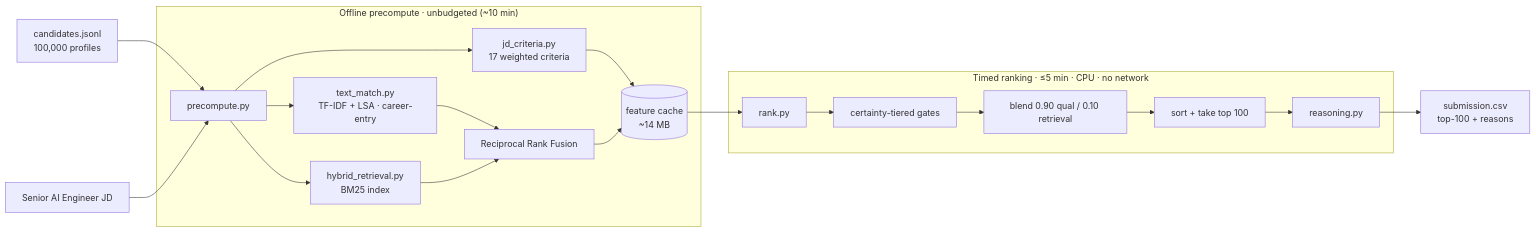
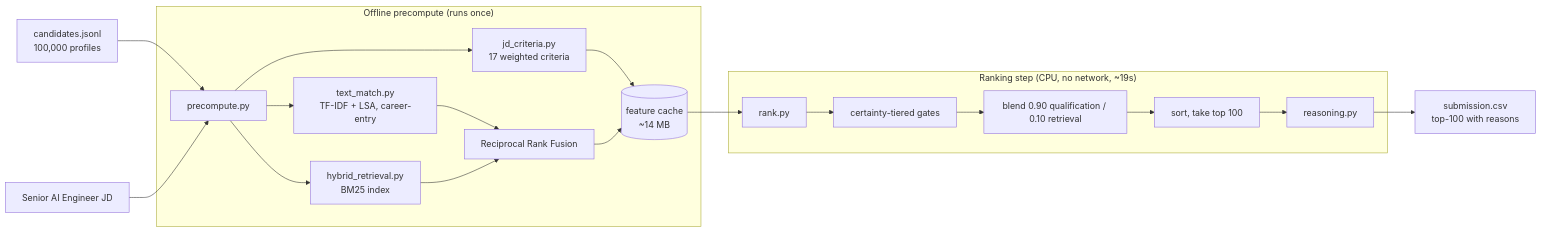
Before and after one commit to saanviv812/redrob_indiaruns_stardustteam: the first of 2 diagrams in README.md, drawn with Mermaid. The commit also changed other lines of this file, not shown here.

````diff
--- a/README.md
+++ b/README.md
@@ -80,22 +80,22 @@
 ```mermaid
 flowchart LR
   A[candidates.jsonl<br/>100,000 profiles] --> P
   JD[Senior AI Engineer JD] --> P
-  subgraph OFFLINE["Offline precompute · unbudgeted (~10 min)"]
+  subgraph OFFLINE["Offline precompute (runs once)"]
     P[precompute.py] --> C1[jd_criteria.py<br/>17 weighted criteria]
-    P --> C2[text_match.py<br/>TF-IDF + LSA · career-entry]
+    P --> C2[text_match.py<br/>TF-IDF + LSA, career-entry]
     P --> C3[hybrid_retrieval.py<br/>BM25 index]
     C2 --> RRF[Reciprocal Rank Fusion]
     C3 --> RRF
     C1 --> CACHE[(feature cache<br/>~14 MB)]
     RRF --> CACHE
   end
-  subgraph TIMED["Timed ranking · ≤5 min · CPU · no network"]
+  subgraph TIMED["Ranking step (CPU, no network, ~19s)"]
     CACHE --> R[rank.py]
     R --> G[certainty-tiered gates]
-    G --> B[blend 0.90 qual / 0.10 retrieval]
-    B --> S[sort + take top 100]
+    G --> B[blend 0.90 qualification / 0.10 retrieval]
+    B --> S[sort, take top 100]
     S --> RE[reasoning.py]
   end
-  RE --> OUT[submission.csv<br/>top-100 + reasons]
+  RE --> OUT[submission.csv<br/>top-100 with reasons]
 ```
````
